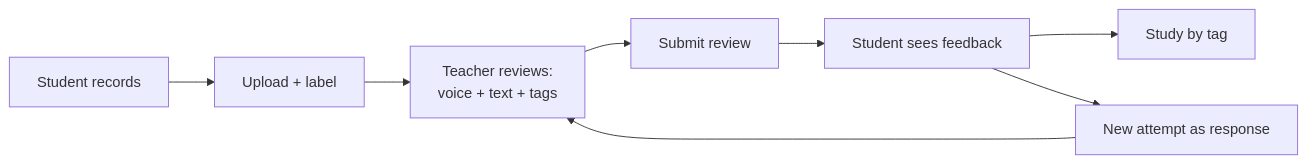
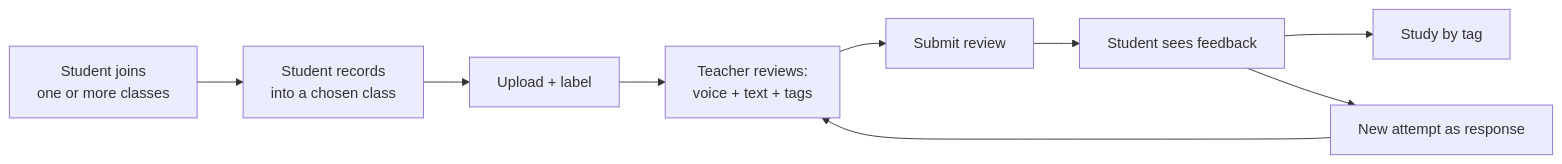
One commit to walidozich/quran-app changed the second of 3 diagrams in README.md. Above: the diagram before and after it, drawn with Mermaid. The commit also changed other lines of this file and 7 other files, not shown here.

````diff
--- a/README.md
+++ b/README.md
@@ -52,10 +77,11 @@
 ```mermaid
 flowchart LR
-    A[Student records] --> B[Upload + label]
+    J[Student joins<br/>one or more classes] --> A[Student records<br/>into a chosen class]
+    A --> B[Upload + label]
     B --> C[Teacher reviews:<br/>voice + text + tags]
     C --> D[Submit review]
     D --> E[Student sees feedback]
     E --> F[Study by tag]
     E --> G[New attempt as response]
     G --> C
 ```
````
